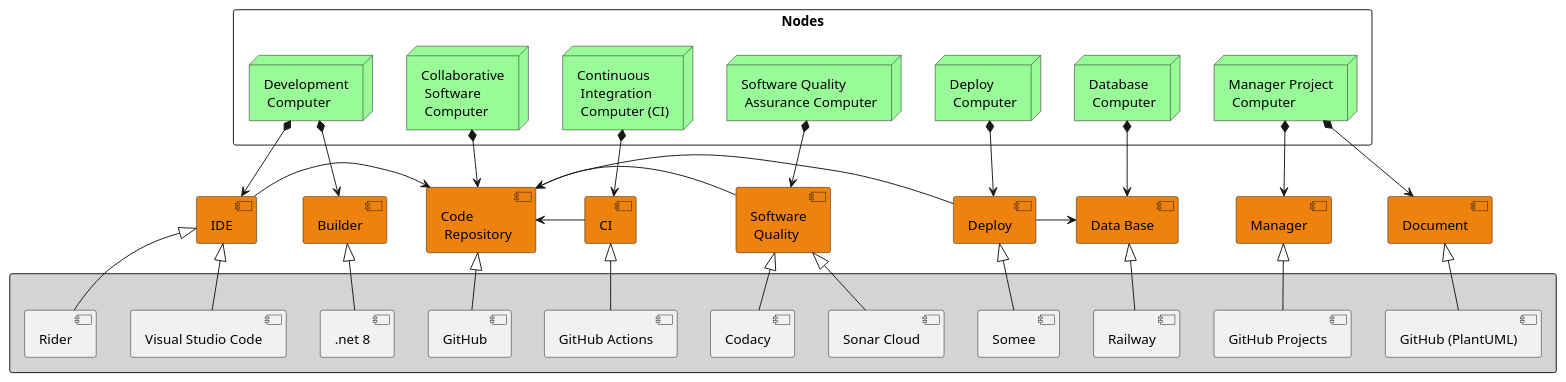
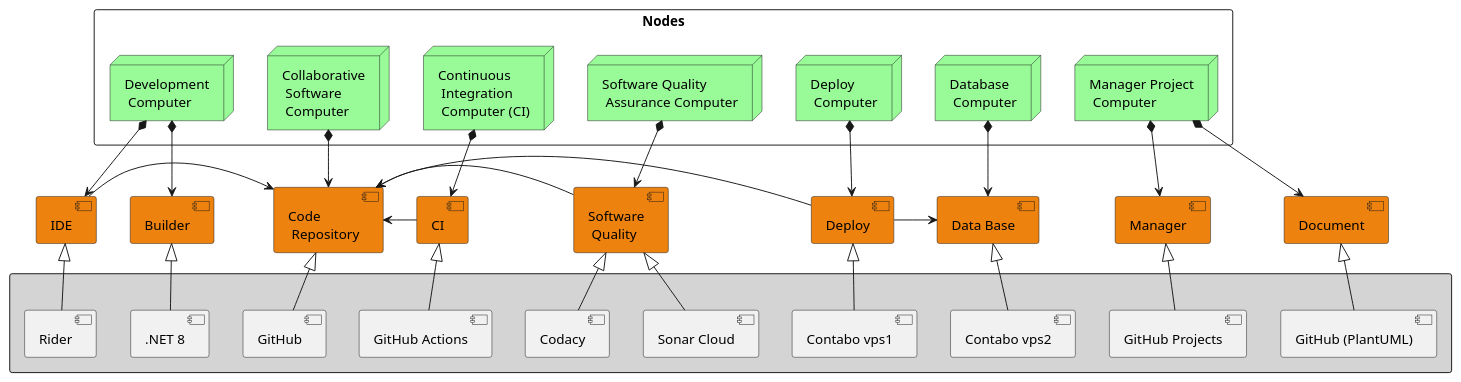
The diagram in ProcessView/Ecosystem/Ecosystem.puml (wsmcbl/wsmcbl.doc), drawn with PlantUML before and after one commit. The commit also changed 1 other file, not shown here.

```diff
--- a/ProcessView/Ecosystem/Ecosystem.puml
+++ b/ProcessView/Ecosystem/Ecosystem.puml
@@ -1,76 +1,74 @@
 @startuml
 'skinparam BackgroundColor transparent
 
 skinparam packageStyle rectangle
 skinparam node {
     BackgroundColor PaleGreen
 }
 
 package "Nodes" {
     node "Development\n Computer"
     node "Collaborative\n Software\n Computer"
     node "Continuous\n Integration\n Computer (CI)"
     node "Software Quality\n Assurance Computer"
     node "Deploy\n Computer"
     node "Database\n Computer"
     node "Manager Project\n Computer"
 }
 
 
 component Builder #ED820E
 component IDE #ED820E
 component "Code\n Repository" #ED820E
 component CI #ED820E
 component "Software\n Quality" #ED820E
 component Deploy #ED820E
 component "Data Base" #ED820E
 component Manager #ED820E
 component Document #ED820E
 
 
 package " " #D4D4D4 {
-    component ".net 8"
-    component "Visual Studio Code"
+    component ".NET 8"
     component "Rider"
     component GitHub
     component "GitHub Actions"
     component "Sonar Cloud"
     component Codacy
-    component "Somee"
-    component "Railway"
+    component "Contabo vps1"
+    component "Contabo vps2"
     component "GitHub (PlantUML)"
     component "GitHub Projects"
 }
 
 
 "Development\n Computer" *--> [Builder]
 "Development\n Computer" *--> [IDE]
 "Collaborative\n Software\n Computer" *-->[Code\n Repository]
 "Continuous\n Integration\n Computer (CI)" *--> [CI]
 "Software Quality\n Assurance Computer" *--> [Software\n Quality]
 "Deploy\n Computer" *--> [Deploy]
 "Database\n Computer" *--> [Data Base]
 "Manager Project\n Computer" *--> [Manager]
 "Manager Project\n Computer" *--> [Document]
 
 
 [IDE] -> [Code\n Repository]
 [CI] -left-> [Code\n Repository]
 [Software\n Quality] -left-> [Code\n Repository]
 [Deploy] -left-> [Code\n Repository]
 [Deploy] -> [Data Base]
 
-[.net 8] -up-|> [Builder]
-[Visual Studio Code] -up-|> [IDE]
+[.NET 8] -up-|> [Builder]
 [Rider] -up-|> [IDE]
 [GitHub] -up-|> [Code\n Repository]
 [GitHub Actions] -up-|> [CI]
 [Sonar Cloud] -up-|> [Software\n Quality]
 [Codacy] -up-|> [Software\n Quality]
-[Somee] -up-|> [Deploy]
-[Railway] -up-|> [Data Base]
+[Contabo vps1] -up-|> [Deploy]
+[Contabo vps2] -up-|> [Data Base]
 [GitHub Projects] -up-|> [Manager]
 [GitHub (PlantUML)] -up-|> [Document]
 
 
 @enduml
```
